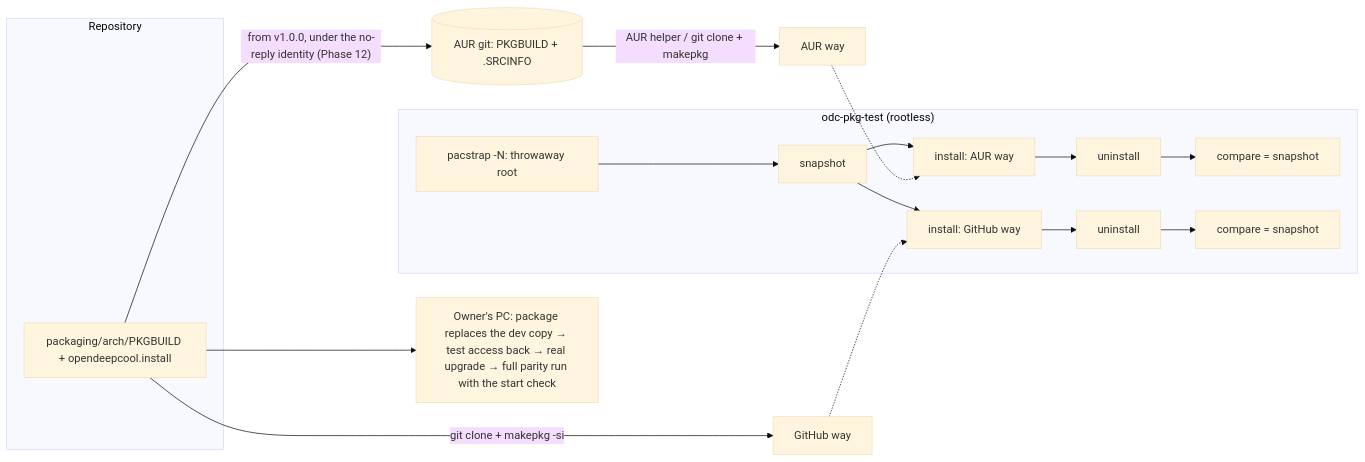
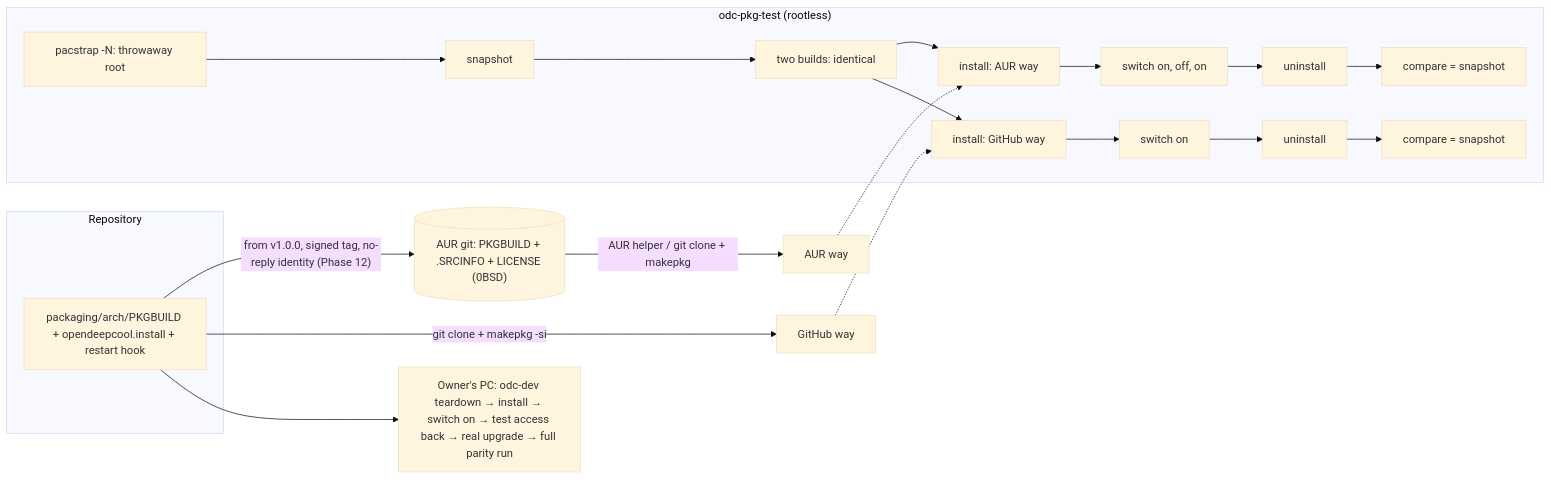
One commit to dtmarangoni/OpenDeepCool changed the diagram in docs/prp/plans/phase-11-packaging-final-validation.plan.md. Above: the diagram before and after it, drawn with Mermaid (base theme). The commit also changed other lines of this file and 3 other files, not shown here.

````diff
--- a/docs/prp/plans/phase-11-packaging-final-validation.plan.md
+++ b/docs/prp/plans/phase-11-packaging-final-validation.plan.md
@@ -185,17 +209,18 @@
 ```mermaid
 flowchart LR
   subgraph repo["Repository"]
-    PB["packaging/arch/PKGBUILD + opendeepcool.install"]
+    PB["packaging/arch/PKGBUILD + opendeepcool.install + restart hook"]
   end
-  PB -->|"from v1.0.0, under the no-reply identity (Phase 12)"| AUR[("AUR git: PKGBUILD + .SRCINFO")]
+  PB -->|"from v1.0.0, signed tag, no-reply identity (Phase 12)"| AUR[("AUR git: PKGBUILD + .SRCINFO + LICENSE (0BSD)")]
   PB -->|git clone + makepkg -si| GH["GitHub way"]
   AUR -->|AUR helper / git clone + makepkg| AW["AUR way"]
   subgraph test["odc-pkg-test (rootless)"]
     S["pacstrap -N: throwaway root"] --> SN["snapshot"]
-    SN --> I1["install: AUR way"] --> R1["uninstall"] --> C1["compare = snapshot"]
-    SN --> I2["install: GitHub way"] --> R2["uninstall"] --> C2["compare = snapshot"]
+    SN --> RB["two builds: identical"]
+    RB --> I1["install: AUR way"] --> O1["switch on, off, on"] --> R1["uninstall"] --> C1["compare = snapshot"]
+    RB --> I2["install: GitHub way"] --> O2["switch on"] --> R2["uninstall"] --> C2["compare = snapshot"]
   end
   AW -.-> I1
   GH -.-> I2
-  PB --> PC["Owner's PC: package replaces the dev copy → test access back → real upgrade → full parity run with the start check"]
+  PB --> PC["Owner's PC: odc-dev teardown → install → switch on → test access back → real upgrade → full parity run"]
 ```
````
